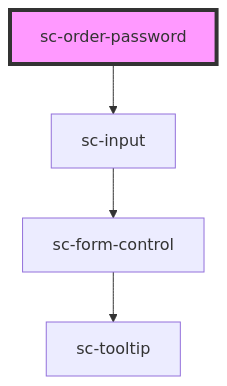
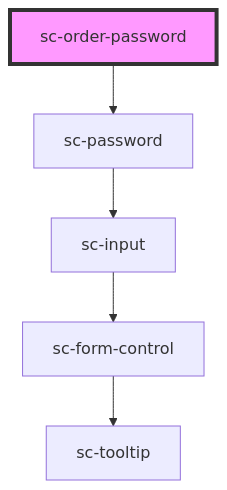
Before and after one commit to surecart/surecart-wp-plugin: the diagram in packages/components/src/components/controllers/checkout-form/order-password/readme.md, drawn with Mermaid. The commit also changed other lines of this file and 29 other files, not shown here.

````diff
--- a/packages/components/src/components/controllers/checkout-form/order-password/readme.md
+++ b/packages/components/src/components/controllers/checkout-form/order-password/readme.md
@@ -52,7 +52,8 @@
 ```mermaid
 graph TD;
-  sc-order-password --> sc-input
+  sc-order-password --> sc-password
+  sc-password --> sc-input
   sc-input --> sc-form-control
   sc-form-control --> sc-tooltip
   style sc-order-password fill:#f9f,stroke:#333,stroke-width:4px
 ```
````
